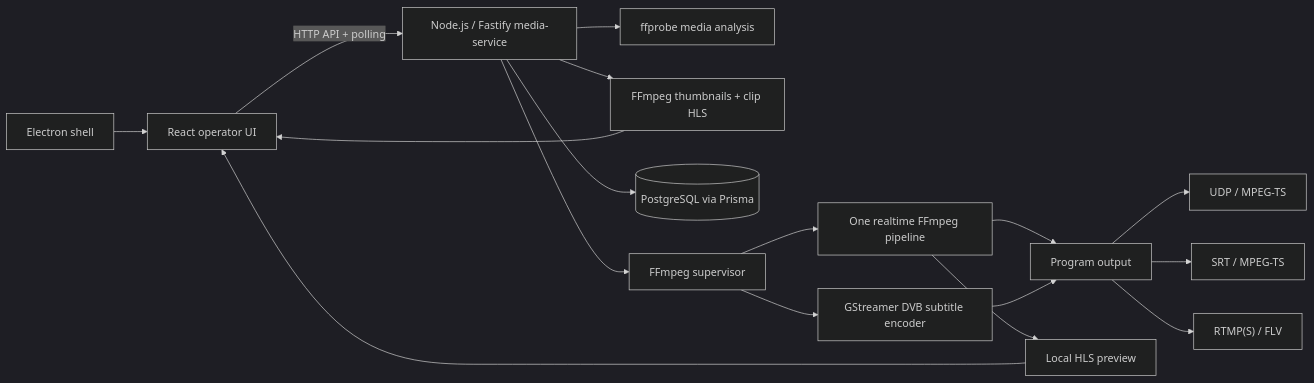
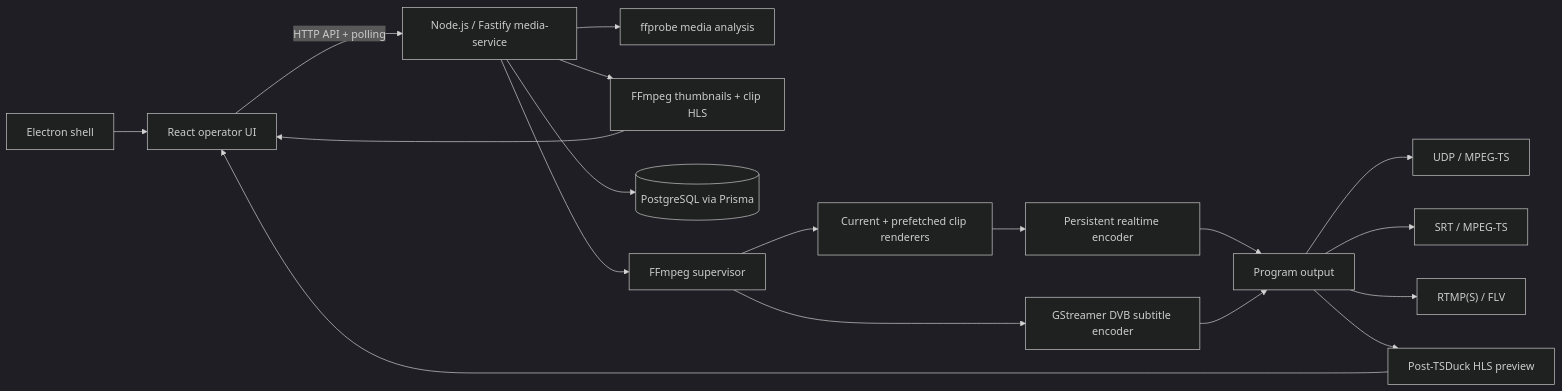
One commit to MetelevNikita/FluxIO changed the first of 4 diagrams in docs/architecture.md. Above: the diagram before and after it, drawn with Mermaid (dark theme). The commit also changed other lines of this file and 43 other files, not shown here.

````diff
--- a/docs/architecture.md
+++ b/docs/architecture.md
@@ -7,19 +7,20 @@
 ```mermaid
 flowchart LR
   Electron["Electron shell"] --> UI["React operator UI"]
   UI -->|"HTTP API + polling"| API["Node.js / Fastify media-service"]
   API --> Probe["ffprobe media analysis"]
   API --> MediaPreview["FFmpeg thumbnails + clip HLS"]
   API --> DB[("PostgreSQL via Prisma")]
   API --> Supervisor["FFmpeg supervisor"]
-  Supervisor --> FFmpeg["One realtime FFmpeg pipeline"]
+  Supervisor --> Producer["Current + prefetched clip renderers"]
+  Producer --> FFmpeg["Persistent realtime encoder"]
   Supervisor --> DVB["GStreamer DVB subtitle encoder"]
   FFmpeg --> Program["Program output"]
   DVB --> Program
   Program --> UDP["UDP / MPEG-TS"]
   Program --> SRT["SRT / MPEG-TS"]
   Program --> RTMP["RTMP(S) / FLV"]
-  FFmpeg --> Preview["Local HLS preview"]
+  Program --> Preview["Post-TSDuck HLS preview"]
   Preview --> UI
   MediaPreview --> UI
 ```
````
